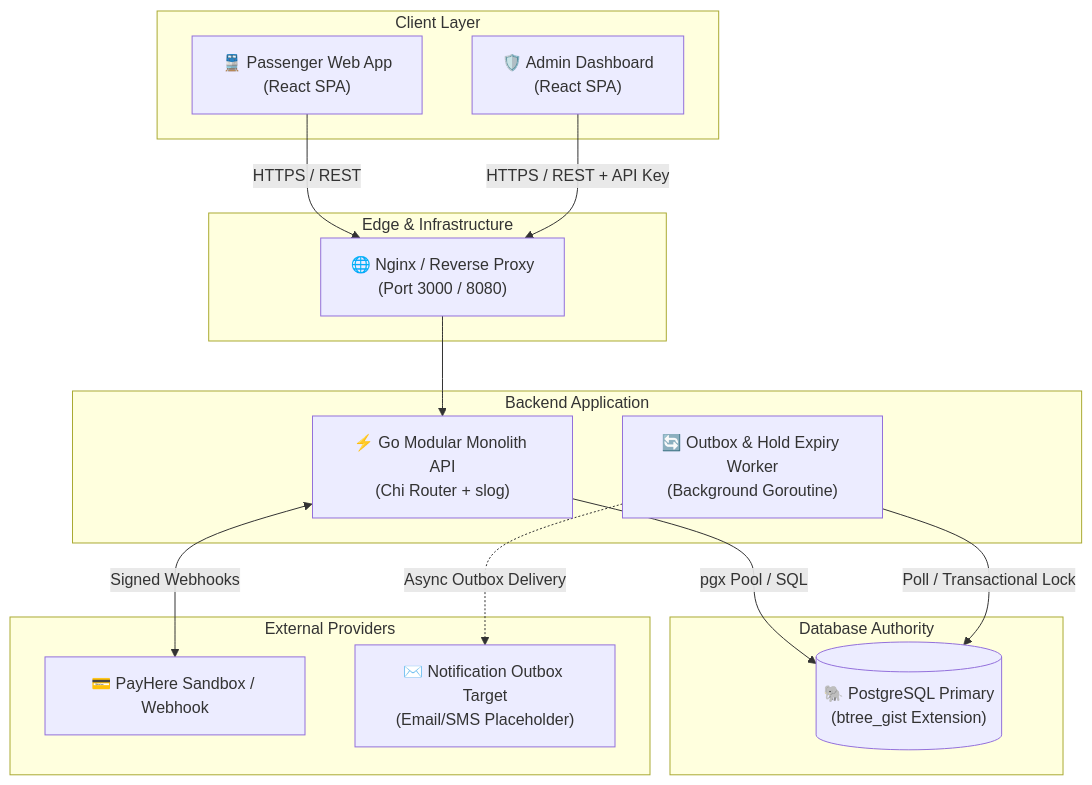
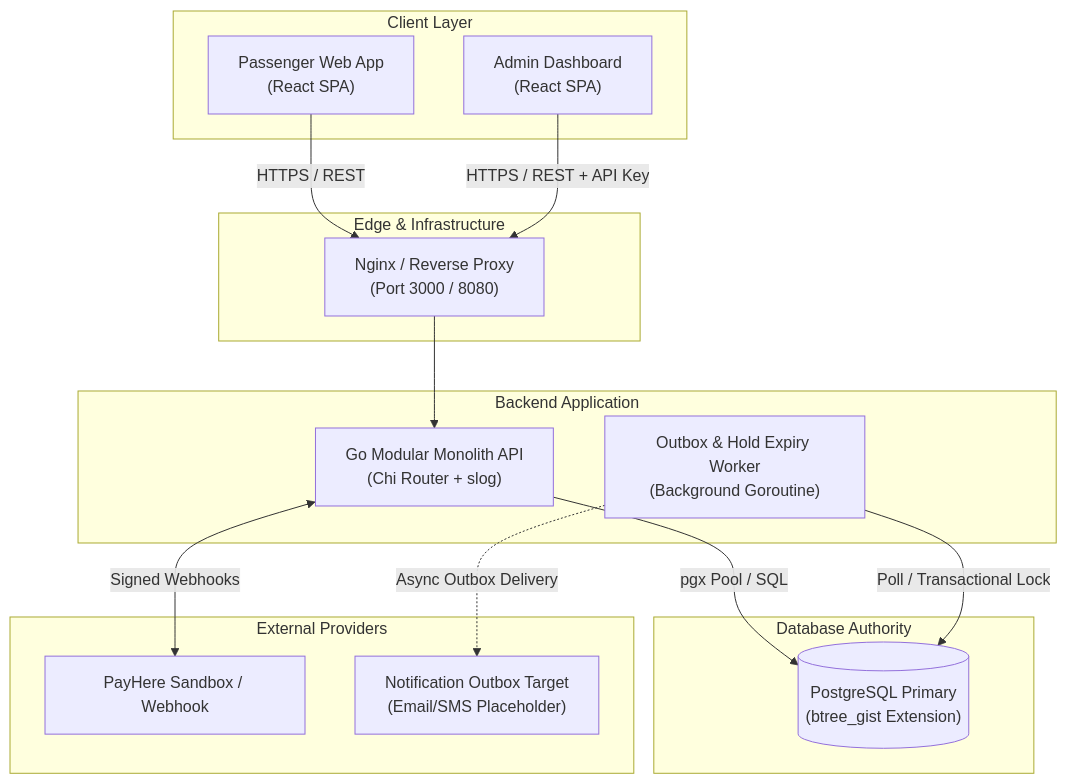
The first of 4 diagrams in README.md (lahiruudayakumara/rail-seat-booking), drawn with Mermaid before and after one commit. The commit also changed other lines of this file, not shown here.

First line of the commit message:
Enhance seat booking system with architecture, features, and CI improvements (#39)

````diff
--- a/README.md
+++ b/README.md
@@ -105,33 +110,33 @@
 ```mermaid
 flowchart TB
-    subgraph Clients[" Client Layer "]
-        P["🚆 Passenger Web App\n(React SPA)"]
-        A["🛡️ Admin Dashboard\n(React SPA)"]
+    subgraph Clients["Client Layer"]
+        P["Passenger Web App<br/>(React SPA)"]
+        A["Admin Dashboard<br/>(React SPA)"]
     end
 
-    subgraph Edge[" Edge & Infrastructure "]
-        RP["🌐 Nginx / Reverse Proxy\n(Port 3000 / 8080)"]
+    subgraph Edge["Edge & Infrastructure"]
+        RP["Nginx / Reverse Proxy<br/>(Port 3000 / 8080)"]
     end
 
-    subgraph Application[" Backend Application "]
-        API["⚡ Go Modular Monolith API\n(Chi Router + slog)"]
-        OBW["🔄 Outbox & Hold Expiry Worker\n(Background Goroutine)"]
+    subgraph Application["Backend Application"]
+        API["Go Modular Monolith API<br/>(Chi Router + slog)"]
+        OBW["Outbox & Hold Expiry Worker<br/>(Background Goroutine)"]
     end
 
-    subgraph Storage[" Database Authority "]
-        DB[("🐘 PostgreSQL Primary\n(btree_gist Extension)")]
+    subgraph Storage["Database Authority"]
+        DB[("PostgreSQL Primary<br/>(btree_gist Extension)")]
     end
 
-    subgraph External[" External Providers "]
-        PY["💳 PayHere Sandbox / Webhook"]
-        NT["✉️ Notification Outbox Target\n(Email/SMS Placeholder)"]
+    subgraph External["External Providers"]
+        PY["PayHere Sandbox / Webhook"]
+        NT["Notification Outbox Target<br/>(Email/SMS Placeholder)"]
     end
 
     P -->|HTTPS / REST| RP
     A -->|HTTPS / REST + API Key| RP
     RP --> API
     API -->|pgx Pool / SQL| DB
     OBW -->|Poll / Transactional Lock| DB
     API <-->|Signed Webhooks| PY
     OBW -.->|Async Outbox Delivery| NT
 ```
````
